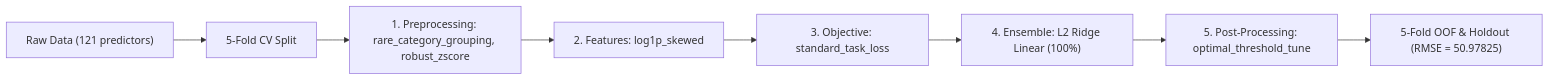
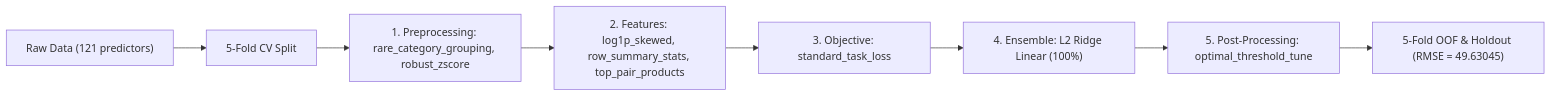
The diagram in README.md (stefanoclss/UM-Game-Playing-Strength-of-MCTS-Variants), drawn with Mermaid before and after one commit. The commit also changed other lines of this file, not shown here.

First line of the commit message:
docs(readme): refresh verified OOF benchmark & build ledger (RMSE=49.63045)

````diff
--- a/README.md
+++ b/README.md
@@ -70,10 +71,10 @@
 ```mermaid
 flowchart LR
     DATA["Raw Data (121 predictors)"] --> SPLIT["5-Fold CV Split"]
     SPLIT --> PRE["1. Preprocessing: rare_category_grouping, robust_zscore"]
-    PRE --> FEAT["2. Features: log1p_skewed"]
+    PRE --> FEAT["2. Features: log1p_skewed, row_summary_stats, top_pair_products"]
     FEAT --> OBJ["3. Objective: standard_task_loss"]
     OBJ --> M0["4. Ensemble: L2 Ridge Linear (100%)"]
     M0 --> POST["5. Post-Processing: optimal_threshold_tune"]
-    POST --> OUT["5-Fold OOF & Holdout (RMSE = 50.97825)"]
+    POST --> OUT["5-Fold OOF & Holdout (RMSE = 49.63045)"]
 ```
````
